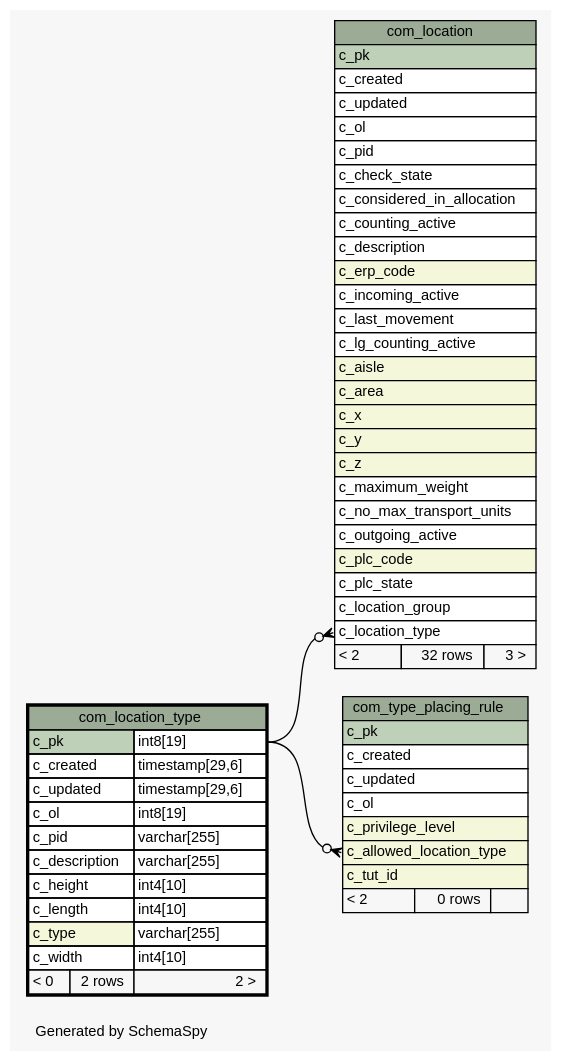
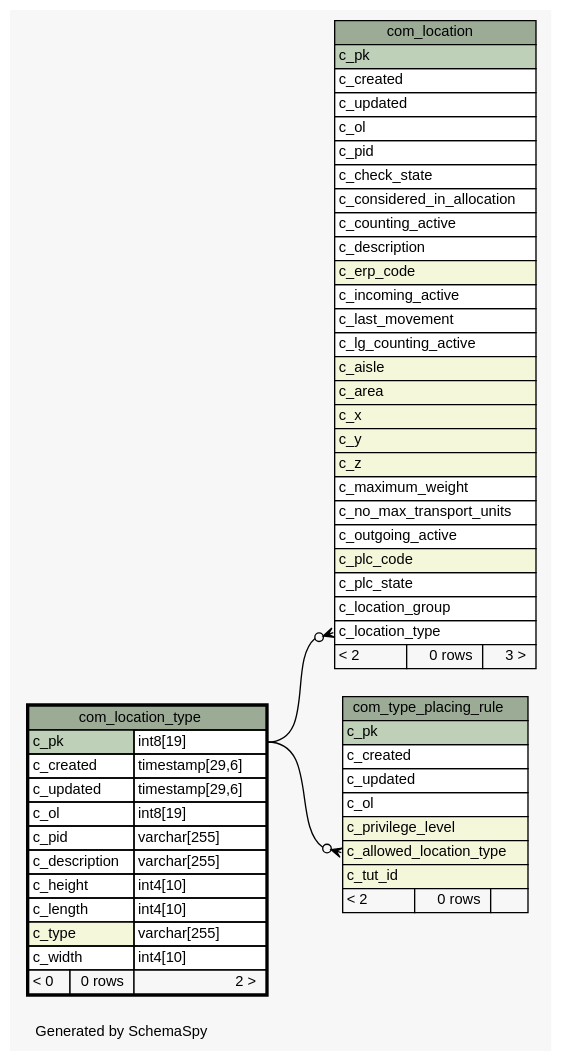
One commit to openwms/org.openwms.common.service.lib changed the diagram in schemaspy/diagrams/com_location_type.1degree.dot. Above: the diagram before and after it, drawn with Graphviz. The commit also changed 537 other files, not shown here.

```diff
--- a/schemaspy/diagrams/com_location_type.1degree.dot
+++ b/schemaspy/diagrams/com_location_type.1degree.dot
@@ -1,93 +1,93 @@
-// dot 2.36.0 on Linux 4.4.0-101-generic
+// dot 2.38.0 on Linux 4.15.0-1037-gcp
 // SchemaSpy rev Unknown
 digraph "oneDegreeRelationshipsDiagram" {
   graph [
     rankdir="RL"
     bgcolor="#f7f7f7"
     label="\nGenerated by SchemaSpy"
     labeljust="l"
     nodesep="0.18"
     ranksep="0.46"
     fontname="Helvetica"
     fontsize="11"
   ];
   node [
     fontname="Helvetica"
     fontsize="11"
     shape="plaintext"
   ];
   edge [
     arrowsize="0.8"
   ];
   "com_location":"c_location_type":w -> "com_location_type":"c_pk.type":e [arrowhead=none dir=back arrowtail=crowodot];
   "com_type_placing_rule":"c_allowed_location_type":w -> "com_location_type":"c_pk.type":e [arrowhead=none dir=back arrowtail=crowodot];
   "com_location" [
     label=<
     <TABLE BORDER="0" CELLBORDER="1" CELLSPACING="0" BGCOLOR="#ffffff">
       <TR><TD COLSPAN="3" BGCOLOR="#9bab96" ALIGN="CENTER">com_location</TD></TR>
       <TR><TD PORT="c_pk" COLSPAN="3" BGCOLOR="#bed1b8" ALIGN="LEFT">c_pk</TD></TR>
       <TR><TD PORT="c_created" COLSPAN="3" ALIGN="LEFT">c_created</TD></TR>
       <TR><TD PORT="c_updated" COLSPAN="3" ALIGN="LEFT">c_updated</TD></TR>
       <TR><TD PORT="c_ol" COLSPAN="3" ALIGN="LEFT">c_ol</TD></TR>
       <TR><TD PORT="c_pid" COLSPAN="3" ALIGN="LEFT">c_pid</TD></TR>
       <TR><TD PORT="c_check_state" COLSPAN="3" ALIGN="LEFT">c_check_state</TD></TR>
       <TR><TD PORT="c_considered_in_allocation" COLSPAN="3" ALIGN="LEFT">c_considered_in_allocation</TD></TR>
       <TR><TD PORT="c_counting_active" COLSPAN="3" ALIGN="LEFT">c_counting_active</TD></TR>
       <TR><TD PORT="c_description" COLSPAN="3" ALIGN="LEFT">c_description</TD></TR>
       <TR><TD PORT="c_erp_code" COLSPAN="3" BGCOLOR="#f4f7da" ALIGN="LEFT">c_erp_code</TD></TR>
       <TR><TD PORT="c_incoming_active" COLSPAN="3" ALIGN="LEFT">c_incoming_active</TD></TR>
       <TR><TD PORT="c_last_movement" COLSPAN="3" ALIGN="LEFT">c_last_movement</TD></TR>
       <TR><TD PORT="c_lg_counting_active" COLSPAN="3" ALIGN="LEFT">c_lg_counting_active</TD></TR>
       <TR><TD PORT="c_aisle" COLSPAN="3" BGCOLOR="#f4f7da" ALIGN="LEFT">c_aisle</TD></TR>
       <TR><TD PORT="c_area" COLSPAN="3" BGCOLOR="#f4f7da" ALIGN="LEFT">c_area</TD></TR>
       <TR><TD PORT="c_x" COLSPAN="3" BGCOLOR="#f4f7da" ALIGN="LEFT">c_x</TD></TR>
       <TR><TD PORT="c_y" COLSPAN="3" BGCOLOR="#f4f7da" ALIGN="LEFT">c_y</TD></TR>
       <TR><TD PORT="c_z" COLSPAN="3" BGCOLOR="#f4f7da" ALIGN="LEFT">c_z</TD></TR>
       <TR><TD PORT="c_maximum_weight" COLSPAN="3" ALIGN="LEFT">c_maximum_weight</TD></TR>
       <TR><TD PORT="c_no_max_transport_units" COLSPAN="3" ALIGN="LEFT">c_no_max_transport_units</TD></TR>
       <TR><TD PORT="c_outgoing_active" COLSPAN="3" ALIGN="LEFT">c_outgoing_active</TD></TR>
       <TR><TD PORT="c_plc_code" COLSPAN="3" BGCOLOR="#f4f7da" ALIGN="LEFT">c_plc_code</TD></TR>
       <TR><TD PORT="c_plc_state" COLSPAN="3" ALIGN="LEFT">c_plc_state</TD></TR>
       <TR><TD PORT="c_location_group" COLSPAN="3" ALIGN="LEFT">c_location_group</TD></TR>
       <TR><TD PORT="c_location_type" COLSPAN="3" ALIGN="LEFT">c_location_type</TD></TR>
-      <TR><TD ALIGN="LEFT" BGCOLOR="#f7f7f7">&lt; 2</TD><TD ALIGN="RIGHT" BGCOLOR="#f7f7f7">32 rows</TD><TD ALIGN="RIGHT" BGCOLOR="#f7f7f7">3 &gt;</TD></TR>
+      <TR><TD ALIGN="LEFT" BGCOLOR="#f7f7f7">&lt; 2</TD><TD ALIGN="RIGHT" BGCOLOR="#f7f7f7">0 rows</TD><TD ALIGN="RIGHT" BGCOLOR="#f7f7f7">3 &gt;</TD></TR>
     </TABLE>>
     URL="com_location.html"
     tooltip="com_location"
   ];
   "com_location_type" [
     label=<
     <TABLE BORDER="2" CELLBORDER="1" CELLSPACING="0" BGCOLOR="#ffffff">
       <TR><TD COLSPAN="3" BGCOLOR="#9bab96" ALIGN="CENTER">com_location_type</TD></TR>
       <TR><TD PORT="c_pk" COLSPAN="2" BGCOLOR="#bed1b8" ALIGN="LEFT">c_pk</TD><TD PORT="c_pk.type" ALIGN="LEFT">int8[19]</TD></TR>
       <TR><TD PORT="c_created" COLSPAN="2" ALIGN="LEFT">c_created</TD><TD PORT="c_created.type" ALIGN="LEFT">timestamp[29,6]</TD></TR>
       <TR><TD PORT="c_updated" COLSPAN="2" ALIGN="LEFT">c_updated</TD><TD PORT="c_updated.type" ALIGN="LEFT">timestamp[29,6]</TD></TR>
       <TR><TD PORT="c_ol" COLSPAN="2" ALIGN="LEFT">c_ol</TD><TD PORT="c_ol.type" ALIGN="LEFT">int8[19]</TD></TR>
       <TR><TD PORT="c_pid" COLSPAN="2" ALIGN="LEFT">c_pid</TD><TD PORT="c_pid.type" ALIGN="LEFT">varchar[255]</TD></TR>
       <TR><TD PORT="c_description" COLSPAN="2" ALIGN="LEFT">c_description</TD><TD PORT="c_description.type" ALIGN="LEFT">varchar[255]</TD></TR>
       <TR><TD PORT="c_height" COLSPAN="2" ALIGN="LEFT">c_height</TD><TD PORT="c_height.type" ALIGN="LEFT">int4[10]</TD></TR>
       <TR><TD PORT="c_length" COLSPAN="2" ALIGN="LEFT">c_length</TD><TD PORT="c_length.type" ALIGN="LEFT">int4[10]</TD></TR>
       <TR><TD PORT="c_type" COLSPAN="2" BGCOLOR="#f4f7da" ALIGN="LEFT">c_type</TD><TD PORT="c_type.type" ALIGN="LEFT">varchar[255]</TD></TR>
       <TR><TD PORT="c_width" COLSPAN="2" ALIGN="LEFT">c_width</TD><TD PORT="c_width.type" ALIGN="LEFT">int4[10]</TD></TR>
-      <TR><TD ALIGN="LEFT" BGCOLOR="#f7f7f7">&lt; 0</TD><TD ALIGN="RIGHT" BGCOLOR="#f7f7f7">2 rows</TD><TD ALIGN="RIGHT" BGCOLOR="#f7f7f7">2 &gt;</TD></TR>
+      <TR><TD ALIGN="LEFT" BGCOLOR="#f7f7f7">&lt; 0</TD><TD ALIGN="RIGHT" BGCOLOR="#f7f7f7">0 rows</TD><TD ALIGN="RIGHT" BGCOLOR="#f7f7f7">2 &gt;</TD></TR>
     </TABLE>>
     URL="com_location_type.html"
     tooltip="com_location_type"
   ];
   "com_type_placing_rule" [
     label=<
     <TABLE BORDER="0" CELLBORDER="1" CELLSPACING="0" BGCOLOR="#ffffff">
       <TR><TD COLSPAN="3" BGCOLOR="#9bab96" ALIGN="CENTER">com_type_placing_rule</TD></TR>
       <TR><TD PORT="c_pk" COLSPAN="3" BGCOLOR="#bed1b8" ALIGN="LEFT">c_pk</TD></TR>
       <TR><TD PORT="c_created" COLSPAN="3" ALIGN="LEFT">c_created</TD></TR>
       <TR><TD PORT="c_updated" COLSPAN="3" ALIGN="LEFT">c_updated</TD></TR>
       <TR><TD PORT="c_ol" COLSPAN="3" ALIGN="LEFT">c_ol</TD></TR>
       <TR><TD PORT="c_privilege_level" COLSPAN="3" BGCOLOR="#f4f7da" ALIGN="LEFT">c_privilege_level</TD></TR>
       <TR><TD PORT="c_allowed_location_type" COLSPAN="3" BGCOLOR="#f4f7da" ALIGN="LEFT">c_allowed_location_type</TD></TR>
       <TR><TD PORT="c_tut_id" COLSPAN="3" BGCOLOR="#f4f7da" ALIGN="LEFT">c_tut_id</TD></TR>
       <TR><TD ALIGN="LEFT" BGCOLOR="#f7f7f7">&lt; 2</TD><TD ALIGN="RIGHT" BGCOLOR="#f7f7f7">0 rows</TD><TD ALIGN="RIGHT" BGCOLOR="#f7f7f7">  </TD></TR>
     </TABLE>>
     URL="com_type_placing_rule.html"
     tooltip="com_type_placing_rule"
   ];
 }
```
